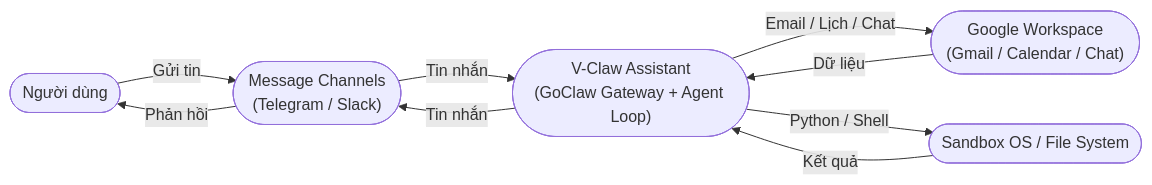
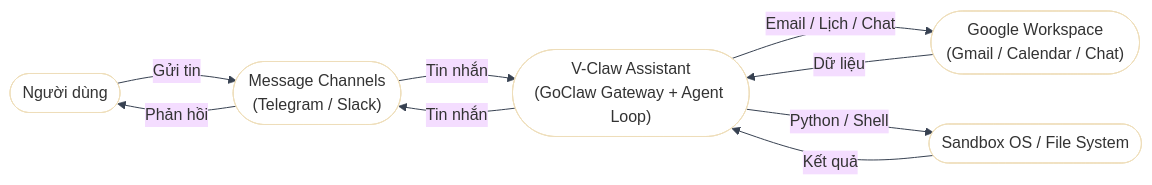
Before and after one commit to AI26-V-Claw/V-Claw: the first of 2 diagrams in docs/01-system-design.md, drawn with Mermaid. The commit also changed other lines of this file, not shown here.

Commit message:
update system architecture diagram

````diff
--- a/docs/01-system-design.md
+++ b/docs/01-system-design.md
@@ -3,21 +3,22 @@
 ```mermaid
+%%{init: {"theme": "base", "themeVariables": {"background": "#ffffff", "mainBkg": "#ffffff", "darkMode": false, "lineColor": "#374151"}}}%%
 flowchart LR
     user(["Người dùng"])
     vclaw(["V-Claw Assistant\n(GoClaw Gateway + Agent Loop)"])
 
     gws(["Google Workspace\n(Gmail / Calendar / Chat)"])
     msg(["Message Channels\n(Telegram / Slack)"])
     sandbox(["Sandbox OS / File System"])
 
     user --> |"Gửi tin"| msg
     msg --> |"Phản hồi"| user
 
     msg --> |"Tin nhắn"| vclaw
     vclaw --> |"Tin nhắn"| msg
 
     vclaw --> |"Email / Lịch / Chat"| gws
     gws --> |"Dữ liệu"| vclaw
 
     vclaw --> |"Python / Shell"| sandbox
     sandbox --> |"Kết quả"| vclaw
 ```
````
